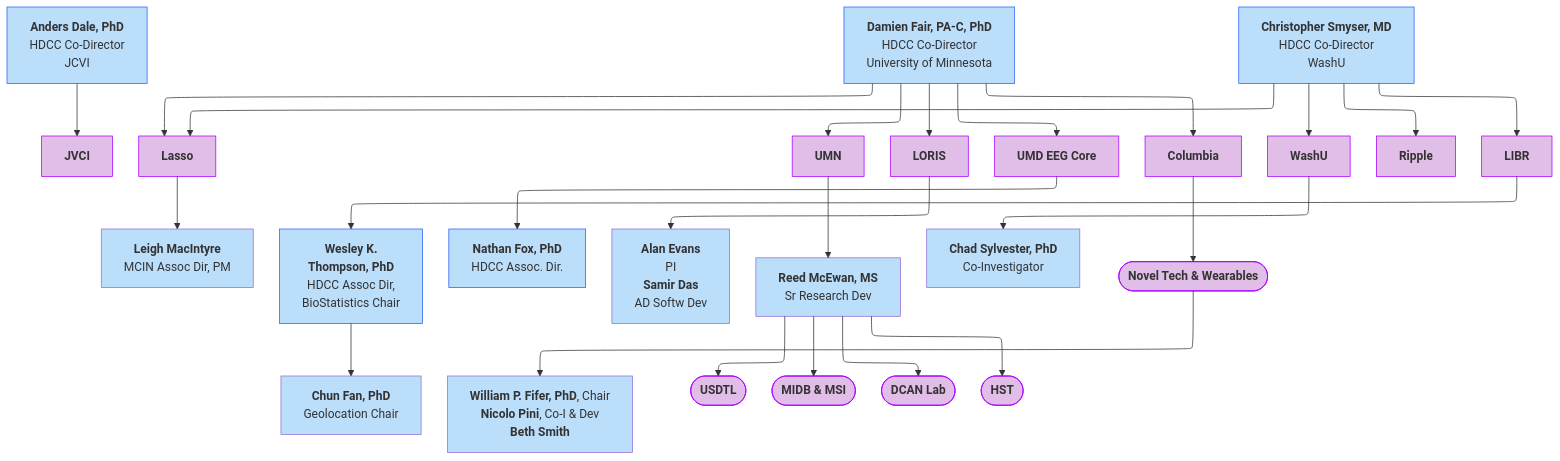
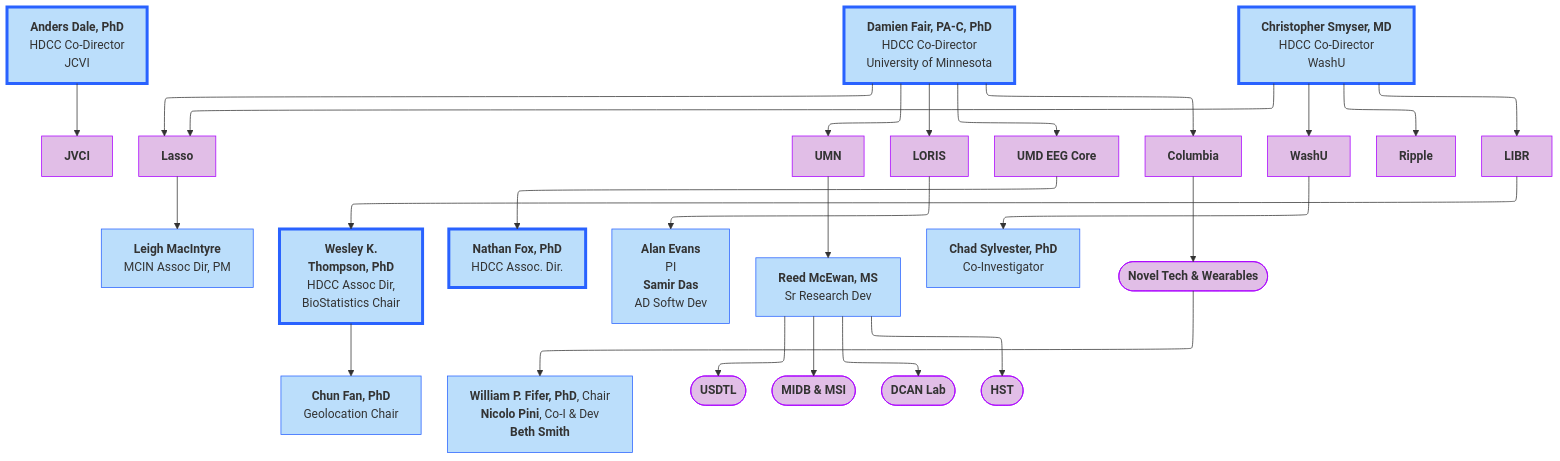
Before and after one commit to DCAN-Labs/hbcd-docs-internal: the first of 10 diagrams in docs/orgcharts.md, drawn with Mermaid.

Commit message:
fix overview formatting typos

````diff
--- a/docs/orgcharts.md
+++ b/docs/orgcharts.md
@@ -12,58 +12,58 @@
 ```mermaid
 ---
 config:
   layout: elk
 ---
 flowchart TB
     n2["<b>Anders Dale, PhD<br></b>HDCC Co-Director<br>JCVI"] --> jvci["<b>JVCI</b>"]
     E["<b>Damien Fair, PA-C, PhD</b><br>HDCC Co-Director<br>University of Minnesota"] 
     E --> lasso["<b>Lasso</b>"]
     E --> umn["<b>UMN</b>"]
     E --> n7["<b>LORIS</b>"]
     E --> n8["<b>UMD EEG Core</b>"]
     E --> n11["<b>Columbia</b>"]
     lasso --> lasso1["<b>Leigh MacIntyre</b><br>MCIN Assoc Dir, PM"]
     n1["<b>Christopher Smyser, MD<br></b>HDCC Co-Director<br>WashU"] 
     n1 --> n10["<b>WashU</b><br>"] & ripple["<b>Ripple</b>"] & n12["<b>LIBR</b>"] & lasso
     n16["<b>Wesley K.<br>Thompson, PhD</b><br>HDCC Assoc Dir,<br>BioStatistics Chair"] 
     n16 --> n17["<b>Chun Fan, PhD</b><br>Geolocation Chair"]
     n12 --> n16
     n8 --> n19["<b>Nathan Fox, PhD<br></b>HDCC Assoc. Dir."]
     n7 --> n20["<b>Alan Evans</b><br>PI<br><b>Samir Das</b><br>AD Softw Dev"]
     umn --> reed["<b>Reed McEwan, MS</b><br>Sr Research Dev"]
     n10 --> n22["<b>Chad Sylvester, PhD</b><br>Co-Investigator"]
     n11 --> n23(["<b>Novel Tech &amp; Wearables</b>"])
     n23 --> n18["<b>William P. Fifer, PhD</b>, Chair<br><b>Nicolo Pini</b>, Co-I &amp; Dev<br><b>Beth Smith</b>"]
     reed --> n25(["<b>USDTL</b>"]) & n26(["<b>MIDB &amp; MSI</b>"]) & n27(["<b>DCAN Lab</b>"]) & n30(["<b>HST</b>"])
-    style n2 fill:#BBDEFB,stroke:#2962FF
+    style n2 fill:#BBDEFB,stroke:#2962FF,stroke-width:4px
     style jvci fill:#E1BEE7,stroke:#AA00FF
-    style E fill:#BBDEFB,stroke:#2962FF
+    style E fill:#BBDEFB,stroke:#2962FF,stroke-width:4px
     style lasso fill:#E1BEE7,stroke:#AA00FF
     style umn fill:#E1BEE7,stroke:#AA00FF
     style n7 fill:#E1BEE7,stroke:#AA00FF
     style n8 fill:#E1BEE7,stroke:#AA00FF
     style n11 fill:#E1BEE7,stroke:#AA00FF
-    style lasso1 fill:#BBDEFB
-    style n1 fill:#BBDEFB,stroke:#2962FF
+    style lasso1 fill:#BBDEFB,stroke:#2962FF
+    style n1 fill:#BBDEFB,stroke:#2962FF,stroke-width:4px
     style n10 fill:#E1BEE7,stroke:#AA00FF
     style ripple fill:#E1BEE7,stroke:#AA00FF
     style n12 fill:#E1BEE7,stroke:#AA00FF
-    style n16 fill:#BBDEFB,stroke:#2962FF
-    style n17 fill:#BBDEFB
-    style n19 fill:#BBDEFB,stroke:#2962FF
-    style n20 fill:#BBDEFB
-    style reed fill:#BBDEFB
-    style n22 fill:#BBDEFB
+    style n16 fill:#BBDEFB,stroke:#2962FF,stroke-width:4px
+    style n17 fill:#BBDEFB,stroke:#2962FF
+    style n19 fill:#BBDEFB,stroke:#2962FF,stroke-width:4px
+    style n20 fill:#BBDEFB,stroke:#2962FF
+    style reed fill:#BBDEFB,stroke:#2962FF
+    style n22 fill:#BBDEFB,stroke:#2962FF
     style n23 fill:#E1BEE7,stroke:#AA00FF
-    style n18 fill:#BBDEFB
+    style n18 fill:#BBDEFB,stroke:#2962FF
     style n25 fill:#E1BEE7,stroke:#AA00FF
     style n26 fill:#E1BEE7,stroke:#AA00FF
     style n27 fill:#E1BEE7,stroke:#AA00FF
     style n30 fill:#E1BEE7,stroke:#AA00FF
     click jvci "#j-craig-venter-institute"
     click lasso "#lasso"
     click umn "#university-of-minnesota"
     click n7 "#loris"
     click n8 "#umd-eeg-core"
     click n10 "#washu"
 ```
````
